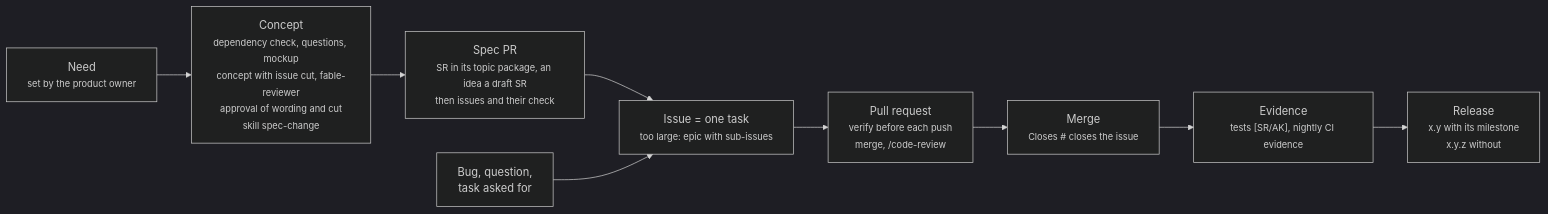
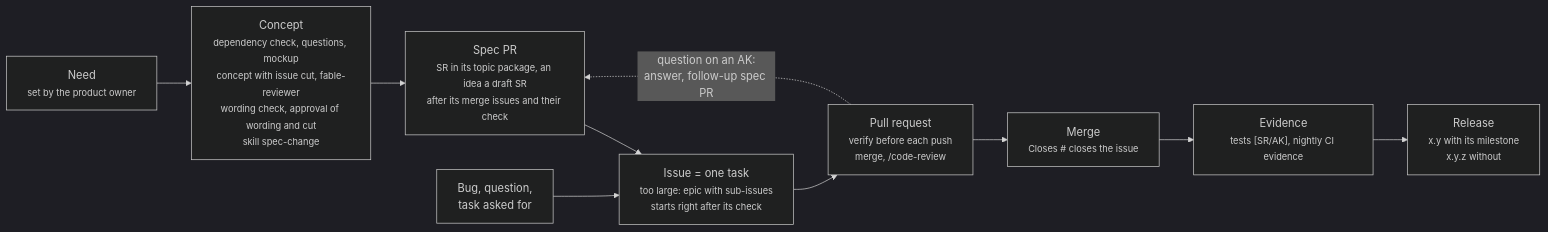
The first of 2 diagrams in docs/process.md (ThomasBirkmaier/ReqSeq), drawn with Mermaid (dark theme) before and after one commit. The commit also changed other lines of this file and 5 other files, not shown here.

First line of the commit message:
Rules: spec answers loop back, implementation starts after the issue check, wording check (#2034)

````diff
--- a/docs/process.md
+++ b/docs/process.md
@@ -5,16 +5,17 @@
 ```mermaid
 flowchart LR
   need["Need<br/><small>set by the product owner</small>"]
-  concept["Concept<br/><small>dependency check, questions, mockup<br/>concept with issue cut, fable-reviewer<br/>approval of wording and cut<br/>skill spec-change</small>"]
-  specpr["Spec PR<br/><small>SR in its topic package, an idea a draft SR<br/>then issues and their check</small>"]
+  concept["Concept<br/><small>dependency check, questions, mockup<br/>concept with issue cut, fable-reviewer<br/>wording check, approval of wording and cut<br/>skill spec-change</small>"]
+  specpr["Spec PR<br/><small>SR in its topic package, an idea a draft SR<br/>after its merge issues and their check</small>"]
   entry["Bug, question,<br/>task asked for"]
-  issue["Issue = one task<br/><small>too large: epic with sub-issues</small>"]
+  issue["Issue = one task<br/><small>too large: epic with sub-issues<br/>starts right after its check</small>"]
   pr["Pull request<br/><small>verify before each push<br/>merge, /code-review</small>"]
   merged["Merge<br/><small>Closes # closes the issue</small>"]
   evidence["Evidence<br/><small>tests [SR/AK], nightly CI evidence</small>"]
   release["Release<br/><small>x.y with its milestone<br/>x.y.z without</small>"]
 
   need --> concept --> specpr --> issue
   entry --> issue
   issue --> pr --> merged --> evidence --> release
+  pr -. "question on an AK:<br/>answer, follow-up spec PR" .-> specpr
 ```
````
